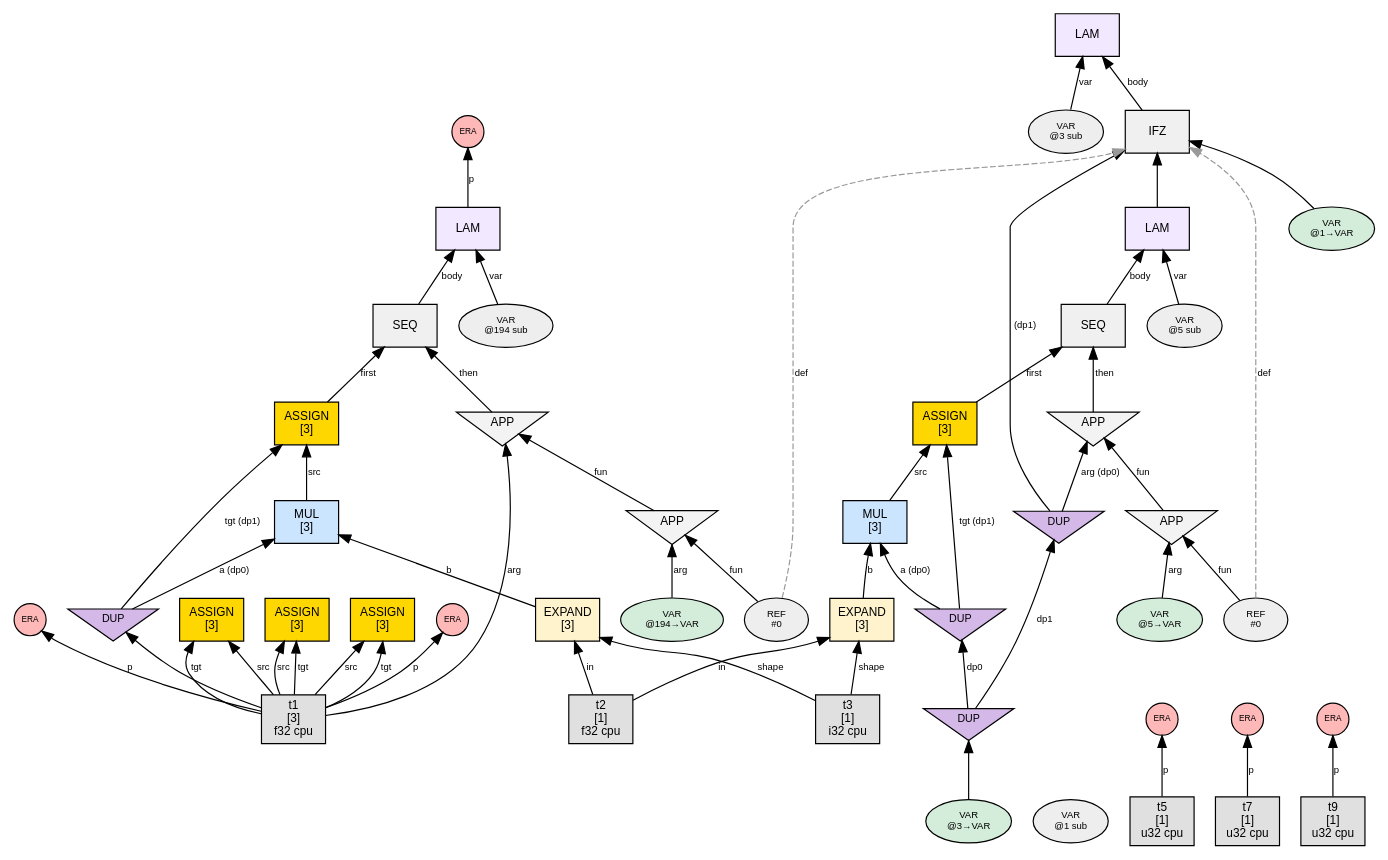
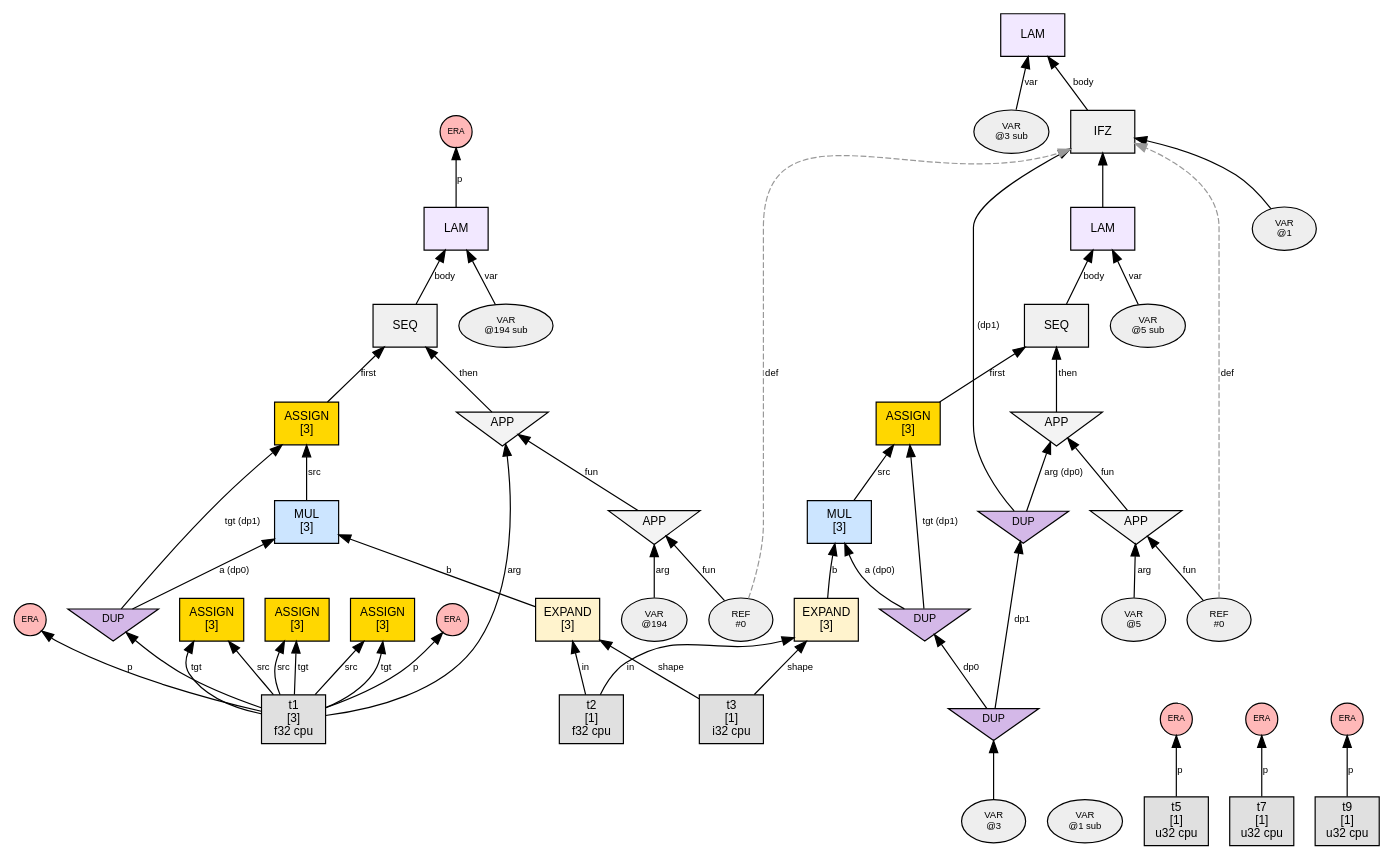
One commit to sw1sh/TinyHVM changed the diagram in phase2_graphs/loop_assign_simple/n3_post_dispatch.dot. Above: the diagram before and after it, drawn with Graphviz. The commit also changed 106 other files, not shown here.

```diff
--- a/phase2_graphs/loop_assign_simple/n3_post_dispatch.dot
+++ b/phase2_graphs/loop_assign_simple/n3_post_dispatch.dot
@@ -1,102 +1,102 @@
 digraph G {
   rankdir=BT;
   node [fontname="Helvetica", fontsize=10, style=filled, shape=box, margin="0.1,0.05"];
   edge [fontsize=8, fontname="Helvetica"];
 
   t1 [label="t1\n[3]\nf32 cpu",shape=box,fillcolor="#e0e0e0"];
   var1 [label="VAR\n@1 sub", shape=oval, fillcolor="#eeeeee", fontsize=8];
   n3 [label="LAM", shape=box, fillcolor="#f2e8ff"];
   var3 [label="VAR\n@3 sub", shape=oval, fillcolor="#eeeeee", fontsize=8];
   var3 -> n3 [label="var"];
   n26 -> n3 [label="body"];
   n26 [label="IFZ", shape=box, fillcolor="#f0f0f0"];
-  var26 [label="VAR\n@1→VAR", shape=oval, fillcolor="#d4edda", fontsize=8];
+  var26 [label="VAR\n@1", shape=oval, fillcolor="#eeeeee", fontsize=8];
   var26 -> n26 [label=""];
   dup9 [label="DUP", shape=invtriangle, fillcolor="#d4b8e8", fontsize=9, width=0.7, height=0.5];
   dup7 -> dup9 [label="dp1"];
   dup7 [label="DUP", shape=invtriangle, fillcolor="#d4b8e8", fontsize=9, width=0.7, height=0.5];
-  var7 [label="VAR\n@3→VAR", shape=oval, fillcolor="#d4edda", fontsize=8];
+  var7 [label="VAR\n@3", shape=oval, fillcolor="#eeeeee", fontsize=8];
   var7 -> dup7;
   dup9 -> n26 [label=" (dp1)"];
   n5 -> n26 [label=""];
   var5 [label="VAR\n@5 sub", shape=oval, fillcolor="#eeeeee", fontsize=8];
   n24 [label="SEQ", shape=box, fillcolor="#f0f0f0"];
   n18 -> n24 [label="first"];
   n22 -> n24 [label="then"];
   n10 [label="EXPAND\n[3]", shape=box, fillcolor="#fff3cd"];
   t2 [label="t2\n[1]\nf32 cpu",shape=box,fillcolor="#e0e0e0"];
   t2 -> n10 [label="in"];
   t3 [label="t3\n[1]\ni32 cpu",shape=box,fillcolor="#e0e0e0"];
   t3 -> n10 [label="shape"];
   n14 [label="MUL\n[3]", shape=box, fillcolor="#cce5ff"];
   dup8 [label="DUP", shape=invtriangle, fillcolor="#d4b8e8", fontsize=9, width=0.7, height=0.5];
   dup7 -> dup8 [label="dp0"];
   dup8 -> n14 [label="a (dp0)"];
   n10 -> n14 [label="b"];
   ref20 [label="REF\n#0", shape=oval, fillcolor="#eeeeee", fontsize=8];
   ref20 -> n26 [style=dashed, color="#999999", label="def"];
+  var21 [label="VAR\n@5", shape=oval, fillcolor="#eeeeee", fontsize=8];
   n20 [label="APP", shape=invtriangle, fillcolor="#f3f3f3"];
   ref20 -> n20 [label="fun"];
-  var21 [label="VAR\n@5→VAR", shape=oval, fillcolor="#d4edda", fontsize=8];
   var21 -> n20 [label="arg"];
   n18 [label="ASSIGN\n[3]", shape=box, fillcolor="#ffd700"];
   dup8 -> n18 [label="tgt (dp1)"];
   n14 -> n18 [label="src"];
   n22 [label="APP", shape=invtriangle, fillcolor="#f3f3f3"];
   n20 -> n22 [label="fun"];
   dup9 -> n22 [label="arg (dp0)"];
   n5 [label="LAM", shape=box, fillcolor="#f2e8ff"];
   var5 -> n5 [label="var"];
   n24 -> n5 [label="body"];
   n47 [label="ASSIGN\n[3]", shape=box, fillcolor="#ffd700"];
   t1 -> n47 [label="tgt"];
   t1 -> n47 [label="src"];
   n98 [label="ASSIGN\n[3]", shape=box, fillcolor="#ffd700"];
   t1 -> n98 [label="tgt"];
   t1 -> n98 [label="src"];
   era110 [label="ERA",shape=circle,width=0.38,height=0.38,fixedsize=true,fillcolor="#ffb8b8",fontsize=7];
   t5 [label="t5\n[1]\nu32 cpu",shape=box,fillcolor="#e0e0e0"];
   t5 -> era110 [label="p"];
   era112 [label="ERA",shape=circle,width=0.38,height=0.38,fixedsize=true,fillcolor="#ffb8b8",fontsize=7];
   t1 -> era112 [label="p"];
   n148 [label="ASSIGN\n[3]", shape=box, fillcolor="#ffd700"];
   t1 -> n148 [label="tgt"];
   t1 -> n148 [label="src"];
   era160 [label="ERA",shape=circle,width=0.38,height=0.38,fixedsize=true,fillcolor="#ffb8b8",fontsize=7];
   t7 [label="t7\n[1]\nu32 cpu",shape=box,fillcolor="#e0e0e0"];
   t7 -> era160 [label="p"];
   era162 [label="ERA",shape=circle,width=0.38,height=0.38,fixedsize=true,fillcolor="#ffb8b8",fontsize=7];
   t1 -> era162 [label="p"];
   n194 [label="LAM", shape=box, fillcolor="#f2e8ff"];
   var194 [label="VAR\n@194 sub", shape=oval, fillcolor="#eeeeee", fontsize=8];
   var194 -> n194 [label="var"];
   n196 -> n194 [label="body"];
   n196 [label="SEQ", shape=box, fillcolor="#f0f0f0"];
   n198 -> n196 [label="first"];
   n205 -> n196 [label="then"];
   n198 [label="ASSIGN\n[3]", shape=box, fillcolor="#ffd700"];
   dup200 [label="DUP", shape=invtriangle, fillcolor="#d4b8e8", fontsize=9, width=0.7, height=0.5];
   t1 -> dup200;
   dup200 -> n198 [label="tgt (dp1)"];
   n201 -> n198 [label="src"];
   n205 [label="APP", shape=invtriangle, fillcolor="#f3f3f3"];
   n207 -> n205 [label="fun"];
   t1 -> n205 [label="arg"];
   n201 [label="MUL\n[3]", shape=box, fillcolor="#cce5ff"];
   dup200 -> n201 [label="a (dp0)"];
   n203 -> n201 [label="b"];
   n203 [label="EXPAND\n[3]", shape=box, fillcolor="#fff3cd"];
   t2 -> n203 [label="in"];
   t3 -> n203 [label="shape"];
   n207 [label="APP", shape=invtriangle, fillcolor="#f3f3f3"];
   ref207 [label="REF\n#0", shape=oval, fillcolor="#eeeeee", fontsize=8];
   ref207 -> n207 [label="fun"];
-  var208 [label="VAR\n@194→VAR", shape=oval, fillcolor="#d4edda", fontsize=8];
+  var208 [label="VAR\n@194", shape=oval, fillcolor="#eeeeee", fontsize=8];
   var208 -> n207 [label="arg"];
   ref207 -> n26 [style=dashed, color="#999999", label="def"];
   era210 [label="ERA",shape=circle,width=0.38,height=0.38,fixedsize=true,fillcolor="#ffb8b8",fontsize=7];
   t9 [label="t9\n[1]\nu32 cpu",shape=box,fillcolor="#e0e0e0"];
   t9 -> era210 [label="p"];
   era212 [label="ERA",shape=circle,width=0.38,height=0.38,fixedsize=true,fillcolor="#ffb8b8",fontsize=7];
   n194 -> era212 [label="p"];
 }
```
